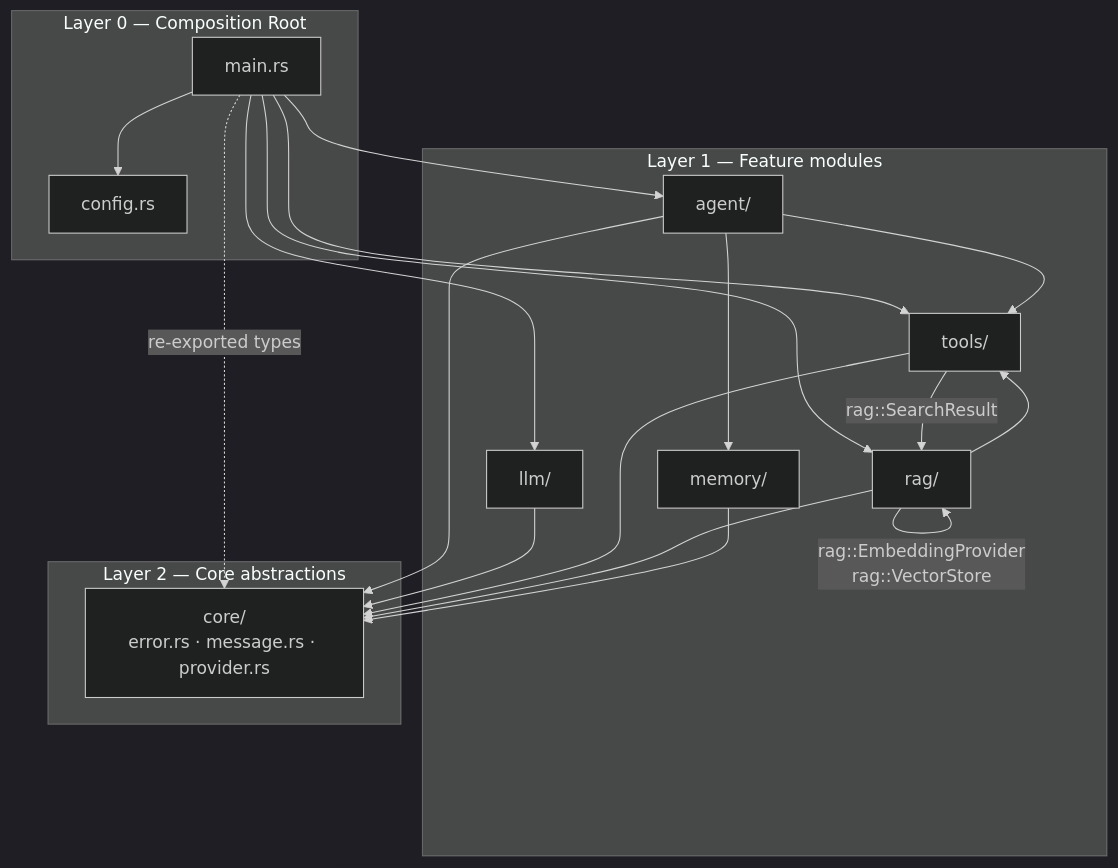
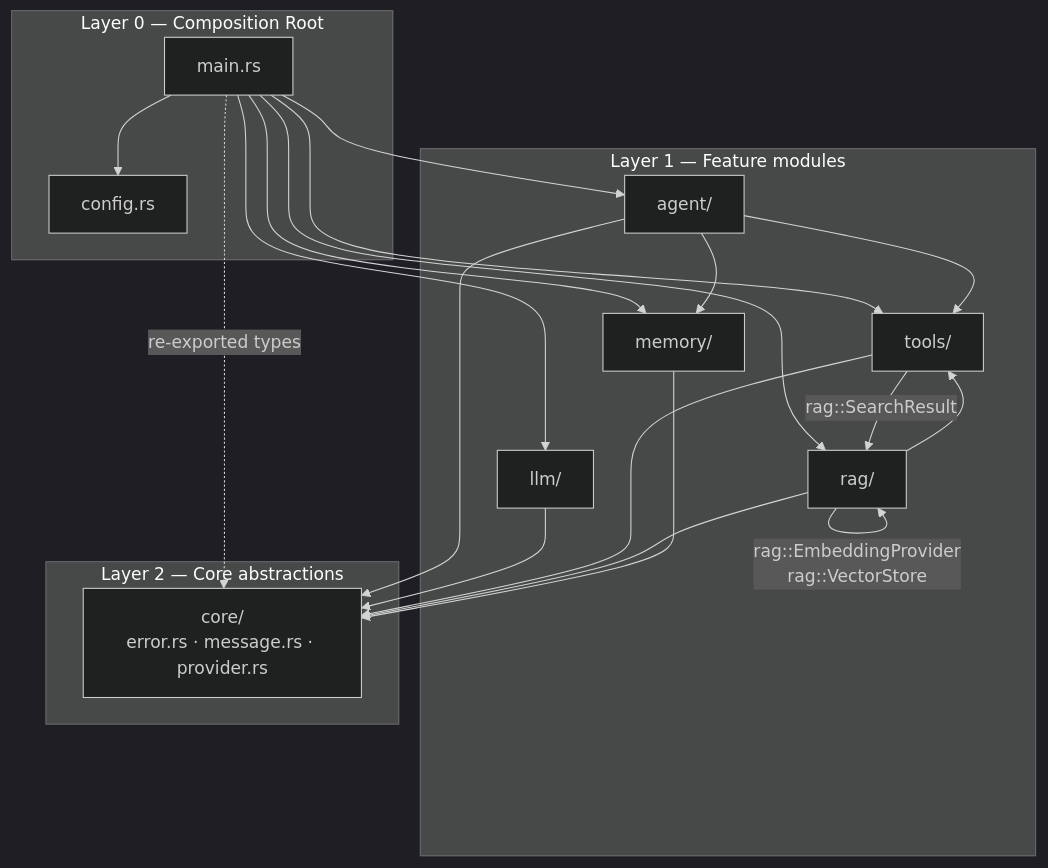
The second of 7 diagrams in docs/architecture.md (JacobRyu/ai-agent-rs), drawn with Mermaid (dark theme) before and after one commit. The commit also changed other lines of this file and 12 other files, not shown here.

First line of the commit message:
feat(memory): wire SummaryMemory into GraphAgent

````diff
--- a/docs/architecture.md
+++ b/docs/architecture.md
@@ -82,38 +82,39 @@
 ```mermaid
 flowchart TD
     subgraph L0["Layer 0 — Composition Root"]
         Main["main.rs"]
         CfgFile["config.rs"]
     end
 
     subgraph L1["Layer 1 — Feature modules"]
         Agent["agent/"]
         Llm["llm/"]
         Tools["tools/"]
         Rag["rag/"]
         Mem["memory/"]
     end
 
     subgraph L2["Layer 2 — Core abstractions"]
         Core["core/<br/>error.rs · message.rs · provider.rs"]
     end
 
     Main --> Agent
     Main --> Llm
     Main --> Tools
     Main --> Rag
+    Main --> Mem
     Main --> CfgFile
     Main -.->|"re-exported types"| Core
 
     Agent --> Tools
     Agent --> Mem
     Agent --> Core
     Rag --> Tools
     Llm --> Core
     Tools --> Core
     Rag --> Core
     Mem --> Core
 
     Rag -->|"rag::EmbeddingProvider<br/>rag::VectorStore"| Rag
     Tools -->|"rag::SearchResult"| Rag
 ```
````
